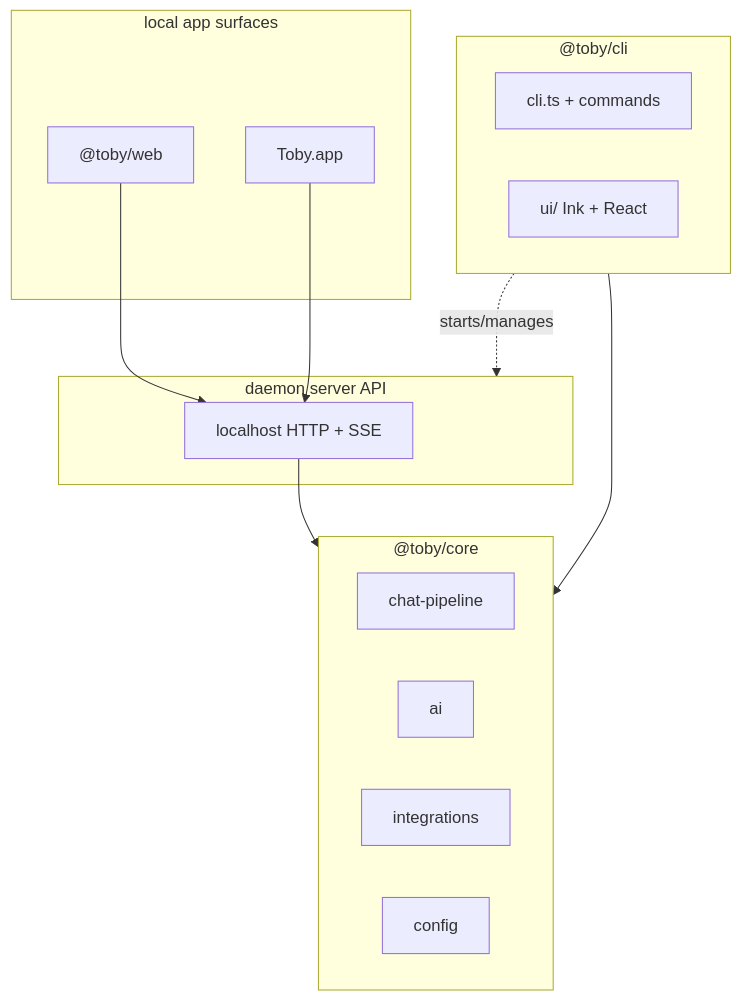
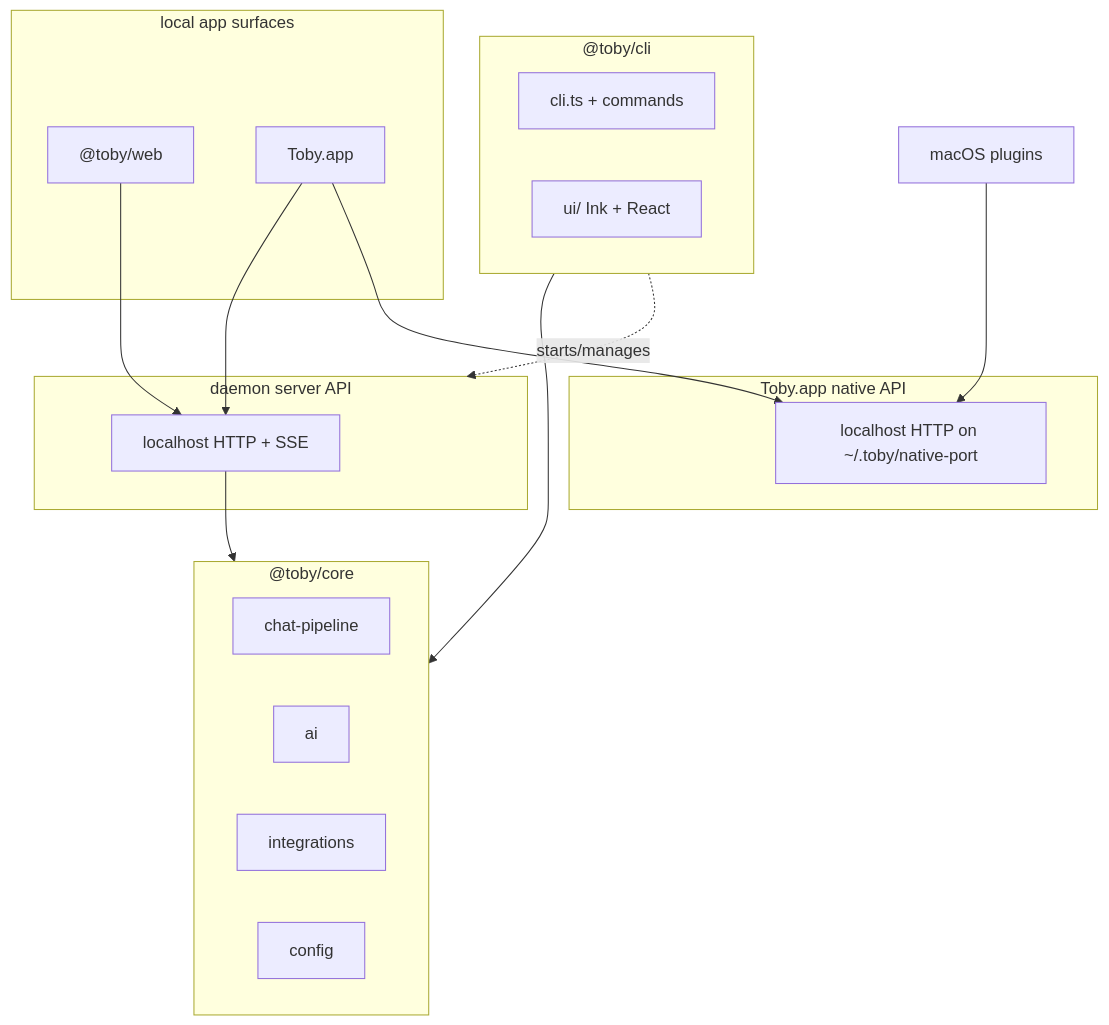
One commit to kshehadeh/toby changed the first of 2 diagrams in docs/architecture.md. Above: the diagram before and after it, drawn with Mermaid. The commit also changed other lines of this file and 1 other file, not shown here.

First line of the commit message:
docs: update architecture and native helpers for native API and recordings

````diff
--- a/docs/architecture.md
+++ b/docs/architecture.md
@@ -19,25 +19,31 @@
 ```mermaid
 flowchart TB
   subgraph core ["@toby/core"]
     pipe[chat-pipeline]
     ai[ai]
     integ[integrations]
     cfg[config]
   end
   subgraph cli ["@toby/cli"]
     entry[cli.ts + commands]
     ui[ui/ Ink + React]
   end
   subgraph daemon ["daemon server API"]
     api[localhost HTTP + SSE]
   end
+  subgraph native ["Toby.app native API"]
+    nativeApi["localhost HTTP on ~/.toby/native-port"]
+  end
   subgraph surfaces ["local app surfaces"]
     web["@toby/web"]
     app["Toby.app"]
   end
+  plugins["macOS plugins"]
   cli --> core
   cli -. starts/manages .-> daemon
   web --> api
   app --> api
+  app --> nativeApi
+  plugins --> nativeApi
   api --> core
 ```
````
